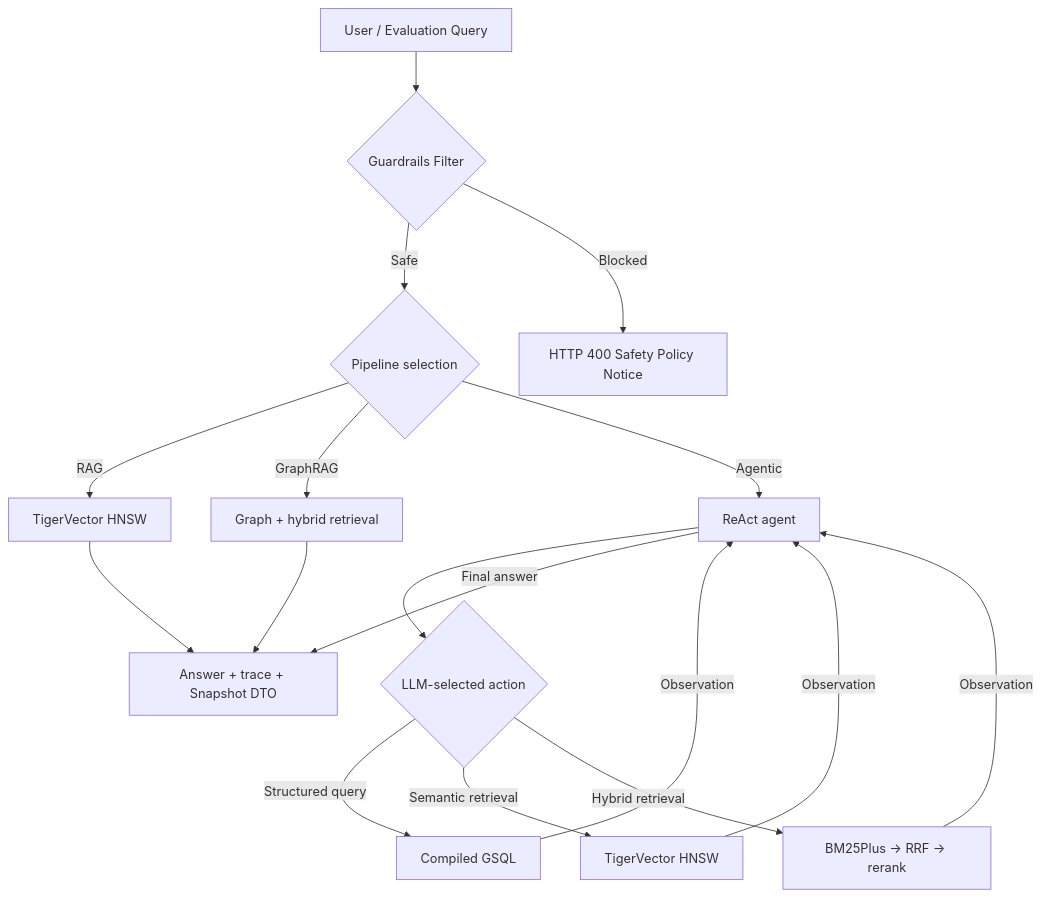
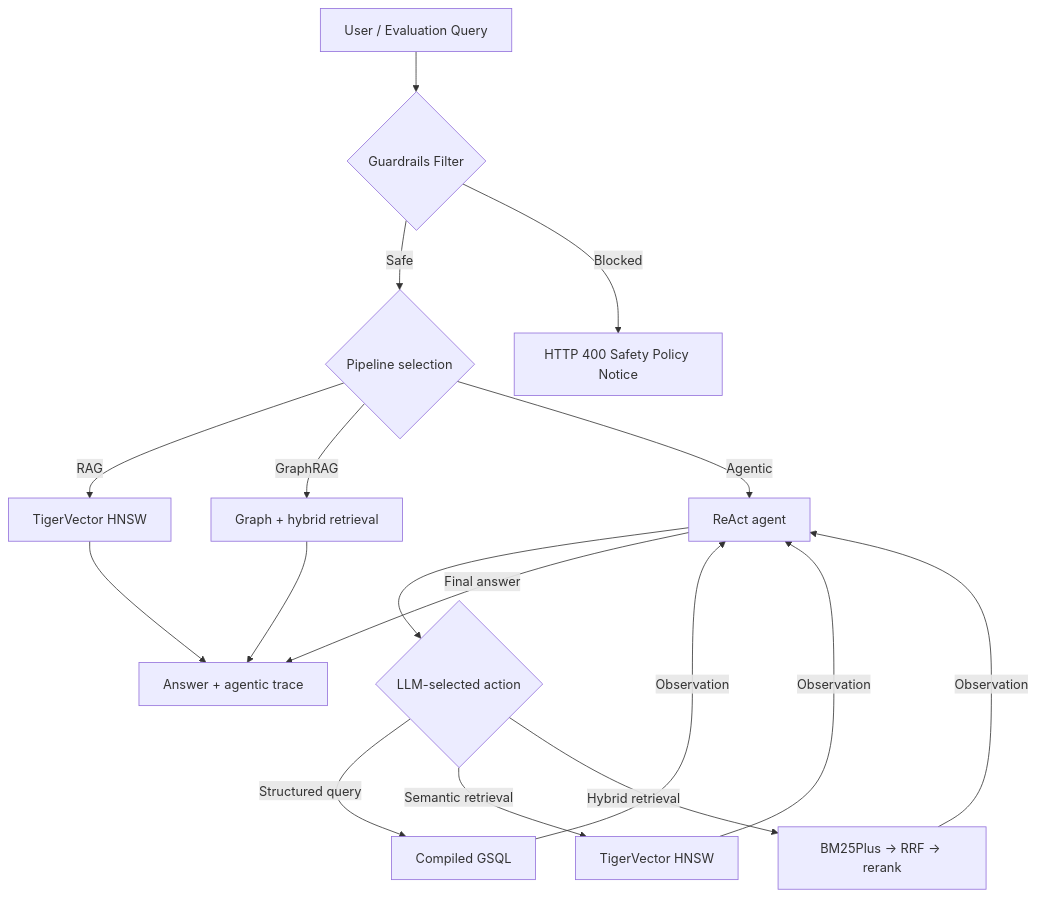
The diagram in README.md (simon-derock/stellium), drawn with Mermaid before and after one commit. The commit also changed other lines of this file and 27 other files, not shown here.

````diff
--- a/README.md
+++ b/README.md
@@ -88,19 +88,19 @@
 ```mermaid
 flowchart TD
     UserQuery["User / Evaluation Query"] --> Layer0{"Guardrails Filter"}
     Layer0 -->|"Safe"| Pipeline{"Pipeline selection"}
     Layer0 -->|"Blocked"| SecurityBlock["HTTP 400 Safety Policy Notice"]
     Pipeline -->|"RAG"| RAG["TigerVector HNSW"]
     Pipeline -->|"GraphRAG"| GraphRAG["Graph + hybrid retrieval"]
     Pipeline -->|"Agentic"| Agent["ReAct agent"]
     Agent --> Action{"LLM-selected action"}
     Action -->|"Structured query"| GSQL["Compiled GSQL"]
     Action -->|"Semantic retrieval"| Dense["TigerVector HNSW"]
     Action -->|"Hybrid retrieval"| Sparse["BM25Plus → RRF → rerank"]
     GSQL -->|"Observation"| Agent
     Dense -->|"Observation"| Agent
     Sparse -->|"Observation"| Agent
-    Agent -->|"Final answer"| Output["Answer + trace + Snapshot DTO"]
+    Agent -->|"Final answer"| Output["Answer + agentic trace"]
     RAG --> Output
     GraphRAG --> Output
 ```
````
